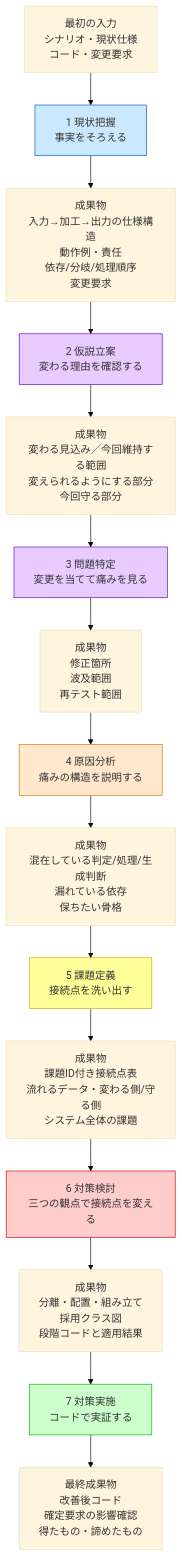
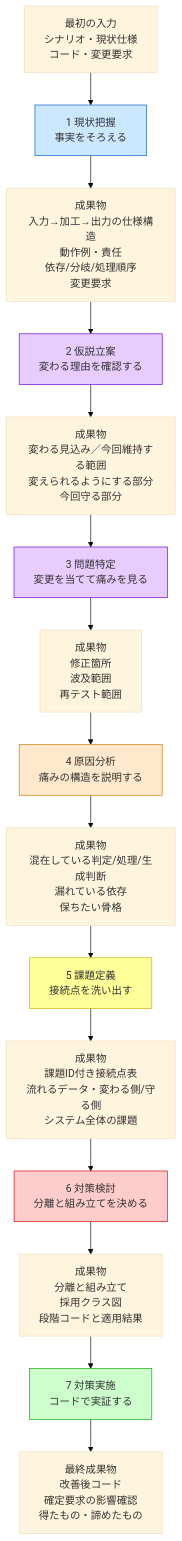
One commit to kumachan1101-pixel/DesignPattern changed the third of 9 diagrams in kindle/design-patterns/output/chapter00_2.md. Above: the diagram before and after it, drawn with Mermaid (base theme). The commit also changed other lines of this file and 28 other files, not shown here.

Commit message:
docs: simplify phase 6 design flow

````diff
--- a/kindle/design-patterns/output/chapter00_2.md
+++ b/kindle/design-patterns/output/chapter00_2.md
@@ -183,41 +177,41 @@
 ```mermaid
 flowchart TB
     I0["最初の入力<br>シナリオ・現状仕様<br>コード・変更要求"]
 
     S1["1 現状把握<br>事実をそろえる"]
     O1["成果物<br>入力→加工→出力の仕様構造<br>動作例・責任<br>依存/分岐/処理順序<br>変更要求"]
 
     S2["2 仮説立案<br>変わる理由を確認する"]
     O2["成果物<br>変わる見込み／今回維持する範囲<br>変えられるようにする部分<br>今回守る部分"]
 
     S3["3 問題特定<br>変更を当てて痛みを見る"]
     O3["成果物<br>修正箇所<br>波及範囲<br>再テスト範囲"]
 
     S4["4 原因分析<br>痛みの構造を説明する"]
     O4["成果物<br>混在している判定/処理/生成判断<br>漏れている依存<br>保ちたい骨格"]
 
     S5["5 課題定義<br>接続点を洗い出す"]
     O5["成果物<br>課題ID付き接続点表<br>流れるデータ・変わる側/守る側<br>システム全体の課題"]
 
-    S6["6 対策検討<br>三つの観点で接続点を変える"]
-    O6["成果物<br>分離・配置・組み立て<br>採用クラス図<br>段階コードと適用結果"]
+    S6["6 対策検討<br>分離と組み立てを決める"]
+    O6["成果物<br>分離と組み立て<br>採用クラス図<br>段階コードと適用結果"]
 
     S7["7 対策実施<br>コードで実証する"]
     O7["最終成果物<br>改善後コード<br>確定要求の影響確認<br>得たもの・諦めたもの"]
 
     I0 --> S1 --> O1
     O1 --> S2 --> O2
     O2 --> S3 --> O3
     O3 --> S4 --> O4
     O4 --> S5 --> O5
     O5 --> S6 --> O6
     O6 --> S7 --> O7
 
     style S1 fill:#cce8ff,stroke:#0055cc
     style S2 fill:#e8ccff,stroke:#6600cc
     style S3 fill:#e8ccff,stroke:#6600cc
     style S4 fill:#ffe8cc,stroke:#cc7700
     style S5 fill:#ffff99,stroke:#ccaa00
     style S6 fill:#ffcccc,stroke:#cc0000
     style S7 fill:#ccffcc,stroke:#00aa00
 ```
````
